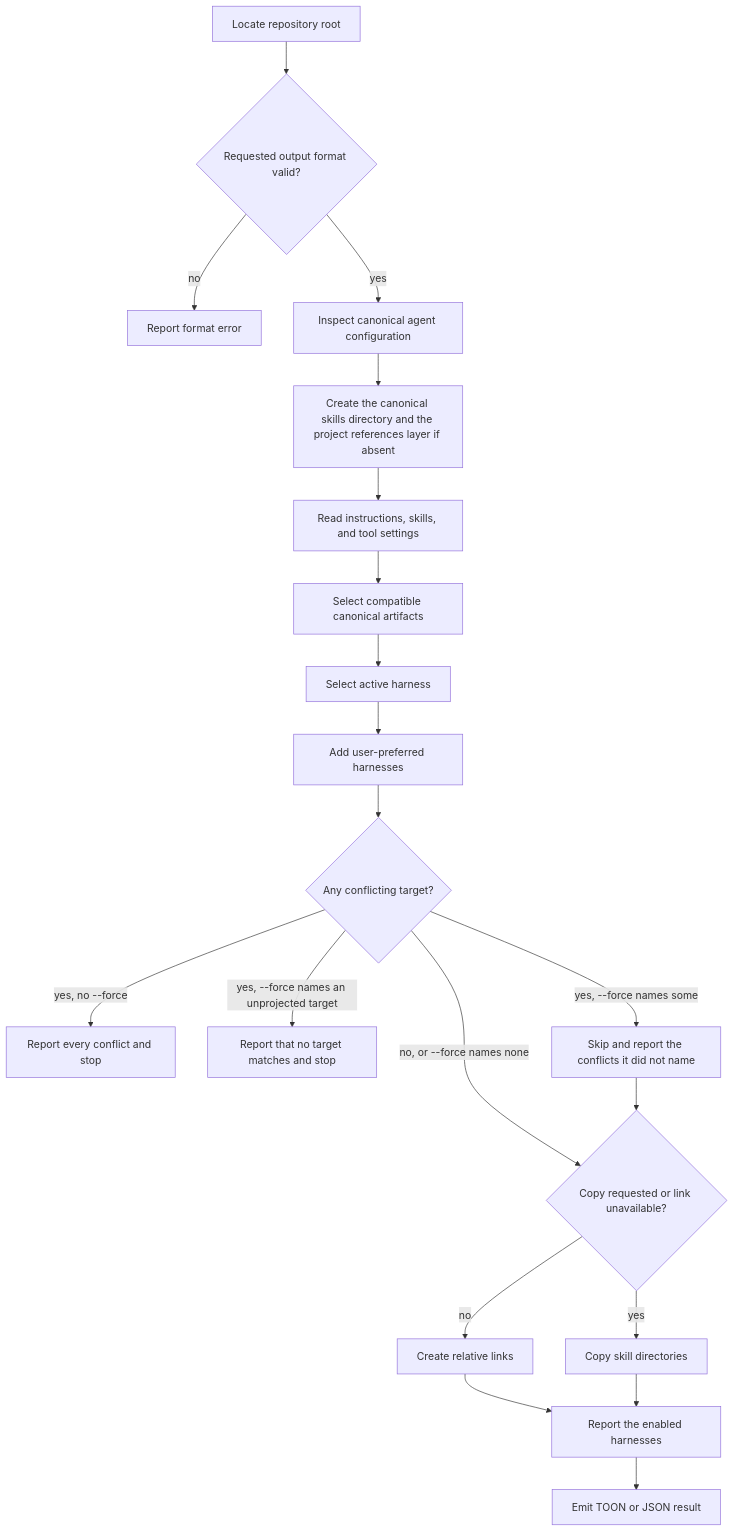
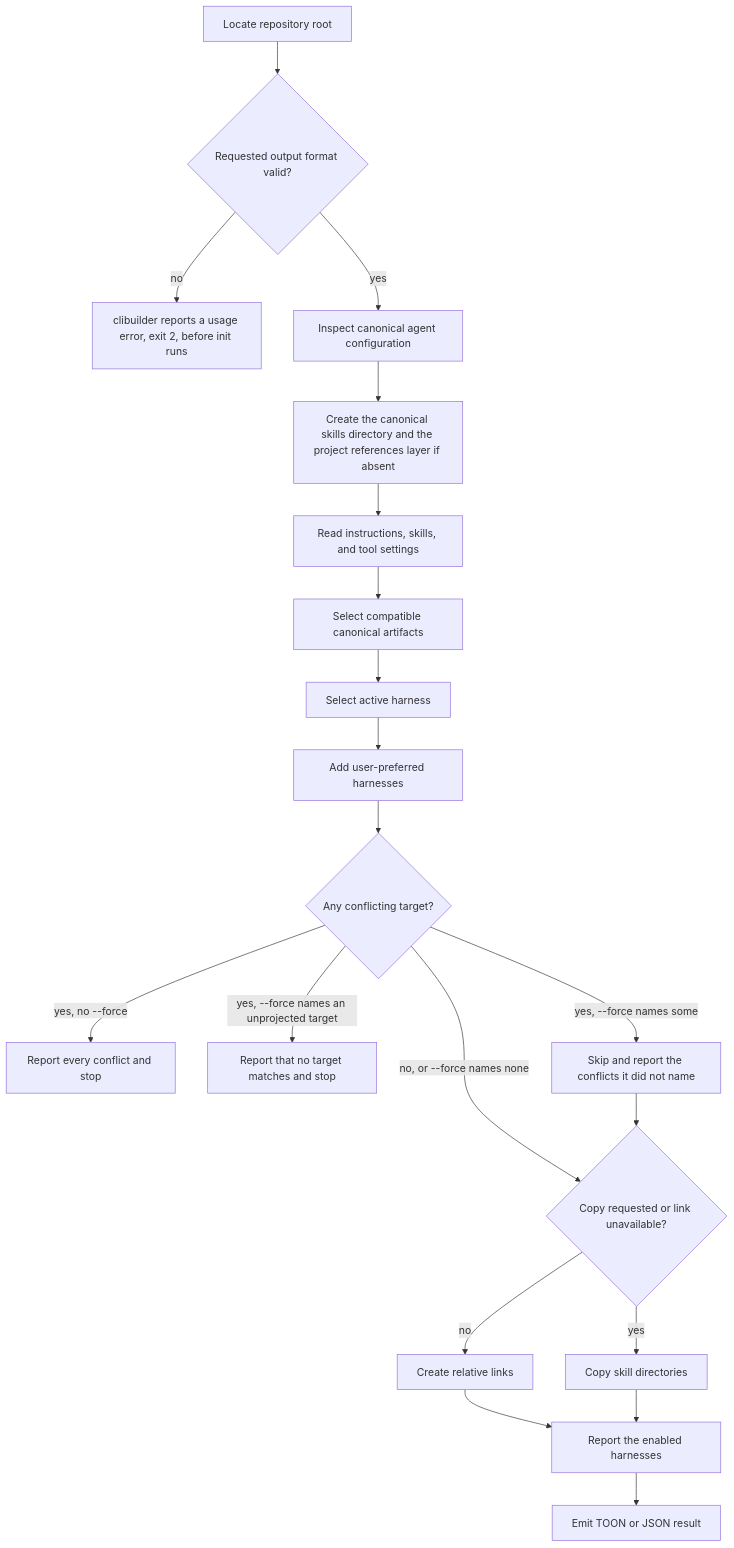
The diagram in packages/buddy-agent-harness/.agents/spec/skills/harness-init/README.md (repobuddy/buddy-agent-harness), drawn with Mermaid before and after one commit. The commit also changed 29 other files, not shown here.

First line of the commit message:
feat(cli): adopt @clibuilder/axi for --format output (#230)

````diff
--- a/packages/buddy-agent-harness/.agents/spec/skills/harness-init/README.md
+++ b/packages/buddy-agent-harness/.agents/spec/skills/harness-init/README.md
@@ -37,22 +37,22 @@
 ```mermaid
 flowchart TD
   A[Locate repository root] --> B{Requested output format valid?}
-  B -->|no| C[Report format error]
+  B -->|no| C[clibuilder reports a usage error, exit 2, before init runs]
   B -->|yes| D[Inspect canonical agent configuration]
   D --> D2[Create the canonical skills directory and the project references layer if absent]
   D2 --> E[Read instructions, skills, and tool settings]
   E --> F[Select compatible canonical artifacts]
   F --> G[Select active harness]
   G --> H[Add user-preferred harnesses]
   H --> I{Any conflicting target?}
   I -->|yes, no --force| J[Report every conflict and stop]
   I -->|yes, --force names an unprojected target| P[Report that no target matches and stop]
   I -->|yes, --force names some| Q[Skip and report the conflicts it did not name]
   I -->|no, or --force names none| K{Copy requested or link unavailable?}
   Q --> K
   K -->|no| L[Create relative links]
   K -->|yes| M[Copy skill directories]
   L --> N[Report the enabled harnesses]
   M --> N
   N --> O[Emit TOON or JSON result]
 ```
````
